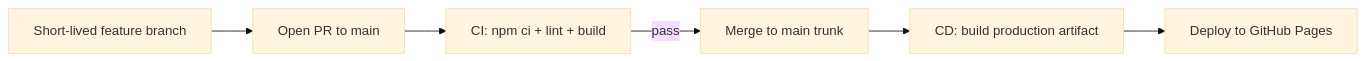
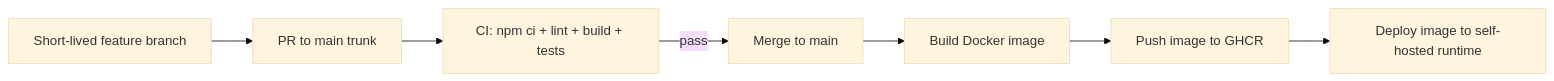
The diagram in CICD_PROPOSAL.md (richardmcgarrigle/Movie-Explorer), drawn with Mermaid (base theme) before and after one commit. The commit also changed other lines of this file, not shown here.

First line of the commit message:
Refine CI/CD proposal for Docker self-hosting and future services

````diff
--- a/CICD_PROPOSAL.md
+++ b/CICD_PROPOSAL.md
@@ -7,8 +12,9 @@
 ```mermaid
 flowchart LR
-  A[Short-lived feature branch] --> B[Open PR to main]
-  B --> C[CI: npm ci + lint + build]
-  C -->|pass| D[Merge to main trunk]
-  D --> E[CD: build production artifact]
-  E --> F[Deploy to GitHub Pages]
+  A[Short-lived feature branch] --> B[PR to main trunk]
+  B --> C[CI: npm ci + lint + build + tests]
+  C -->|pass| D[Merge to main]
+  D --> E[Build Docker image]
+  E --> F[Push image to GHCR]
+  F --> G[Deploy image to self-hosted runtime]
 ```
````
